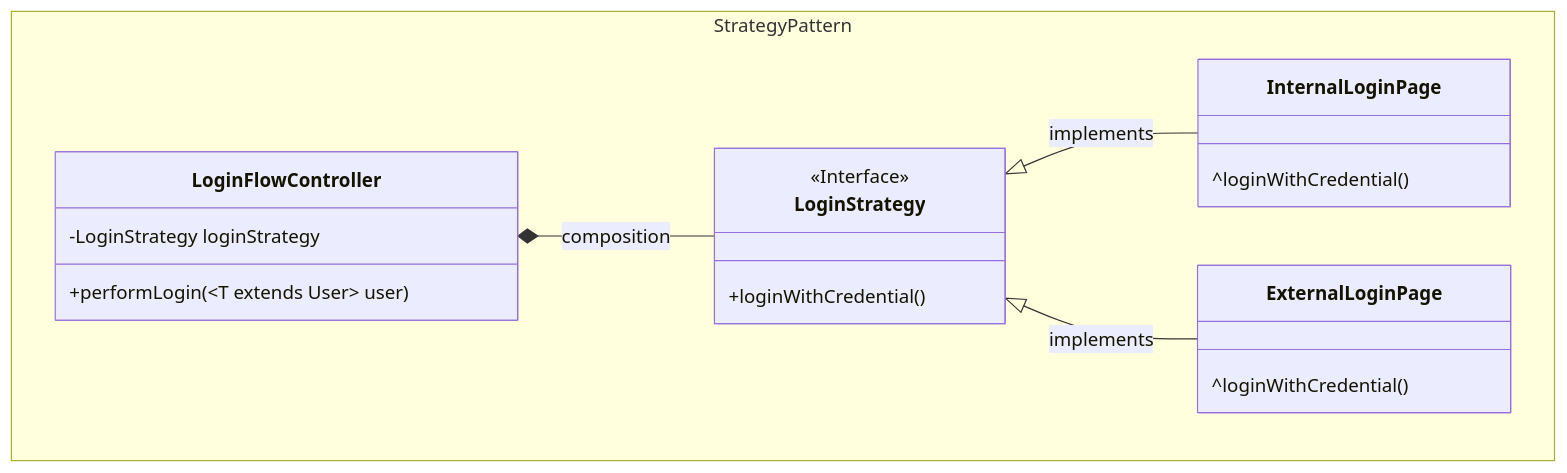
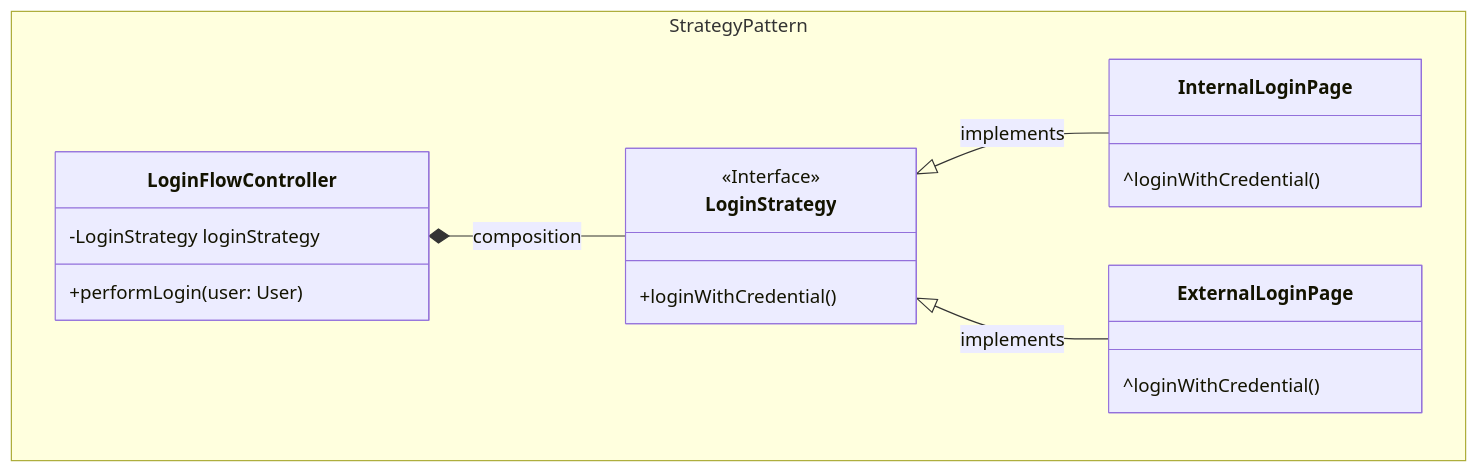
Before and after one commit to cody-htt/JavaDesignPattern: the second of 4 diagrams in README.MD, drawn with Mermaid. The commit also changed other lines of this file, not shown here.

````diff
--- a/README.MD
+++ b/README.MD
@@ -32,22 +32,22 @@
 ```mermaid
 classDiagram
     namespace StrategyPattern {
         class  LoginStrategy {
             <<Interface>>
             +loginWithCredential()
         }
         class InternalLoginPage {
             ^loginWithCredential()
         }
         class ExternalLoginPage {
             ^loginWithCredential()
         }
         class LoginFlowController{
             -LoginStrategy loginStrategy
-            +performLogin(~T extends User~ user)
+            +performLogin(user: User)
         }
 }
     LoginStrategy <|-- InternalLoginPage : implements
     LoginStrategy <|-- ExternalLoginPage : implements
     LoginFlowController *-- LoginStrategy: composition
 ```
````
